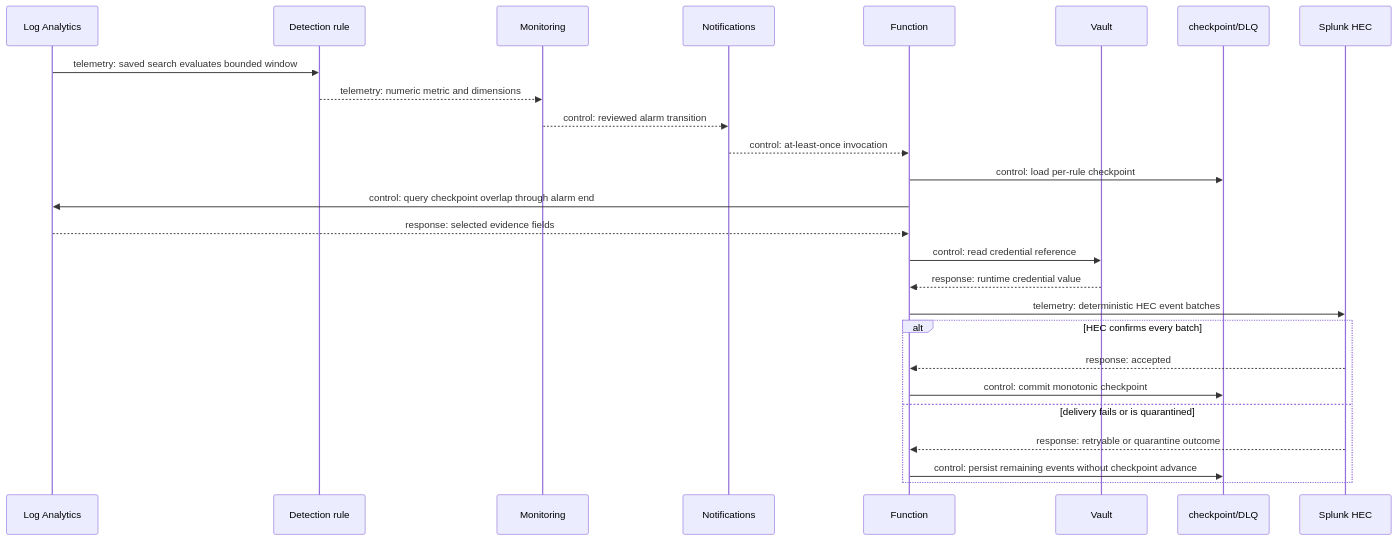
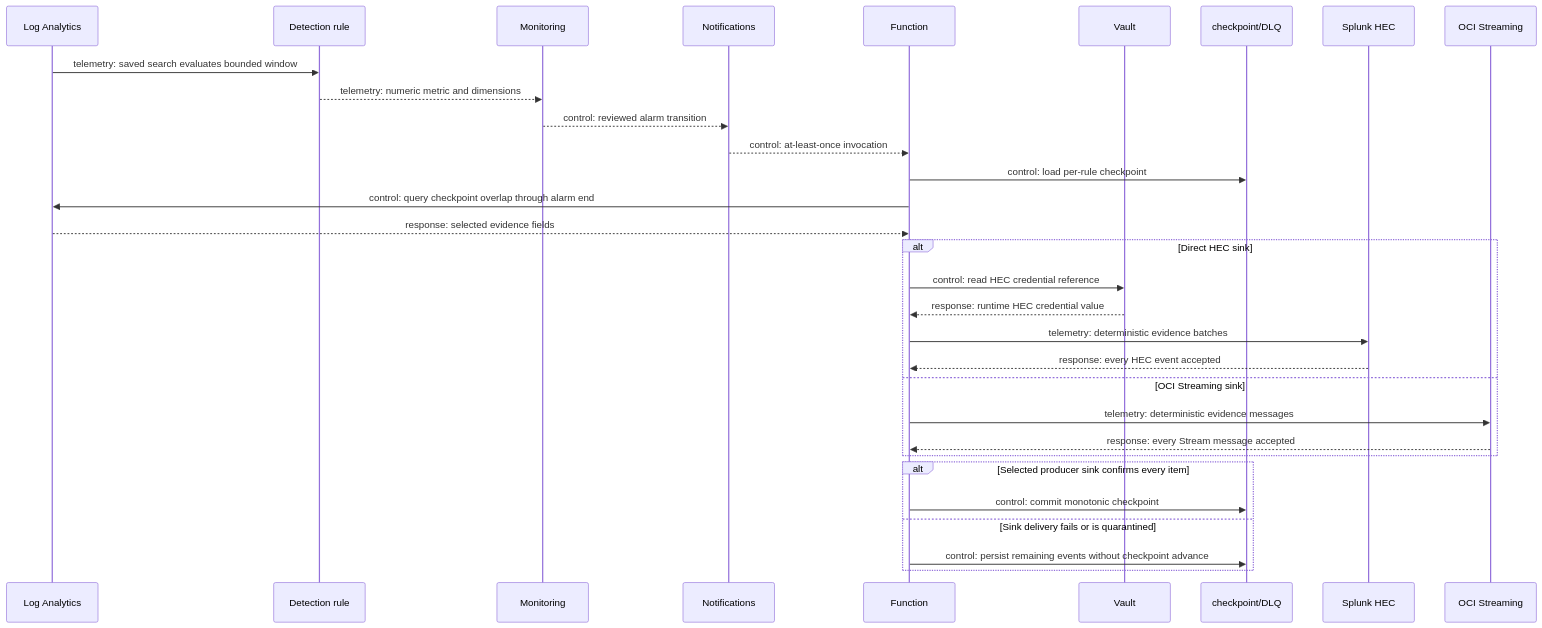
One commit to adibirzu/oci-log-analytics-detections changed the diagram in docs/diagrams/logan-splunk-export-sequence.mmd. Above: the diagram before and after it, drawn with Mermaid. The commit also changed 760 other files, not shown here.

```diff
--- a/docs/diagrams/logan-splunk-export-sequence.mmd
+++ b/docs/diagrams/logan-splunk-export-sequence.mmd
@@ -1,29 +1,34 @@
 %% Title: Evidence export sequence and commit boundary
 %% Evidence: code-backed execution order; provider verified = false; release accepted = false
 %% Primary objects: 8
 sequenceDiagram
   participant LA as Log Analytics
   participant DR as Detection rule
   participant M as Monitoring
   participant N as Notifications
   participant F as Function
   participant V as Vault
   participant S as checkpoint/DLQ
   participant H as Splunk HEC
+  participant T as OCI Streaming
   LA->>DR: telemetry: saved search evaluates bounded window
   DR-->>M: telemetry: numeric metric and dimensions
   M-->>N: control: reviewed alarm transition
   N-->>F: control: at-least-once invocation
   F->>S: control: load per-rule checkpoint
   F->>LA: control: query checkpoint overlap through alarm end
   LA-->>F: response: selected evidence fields
-  F->>V: control: read credential reference
-  V-->>F: response: runtime credential value
-  F->>H: telemetry: deterministic HEC event batches
-  alt HEC confirms every batch
-    H-->>F: response: accepted
+  alt Direct HEC sink
+    F->>V: control: read HEC credential reference
+    V-->>F: response: runtime HEC credential value
+    F->>H: telemetry: deterministic evidence batches
+    H-->>F: response: every HEC event accepted
+  else OCI Streaming sink
+    F->>T: telemetry: deterministic evidence messages
+    T-->>F: response: every Stream message accepted
+  end
+  alt Selected producer sink confirms every item
     F->>S: control: commit monotonic checkpoint
-  else delivery fails or is quarantined
-    H-->>F: response: retryable or quarantine outcome
+  else Sink delivery fails or is quarantined
     F->>S: control: persist remaining events without checkpoint advance
   end
```
